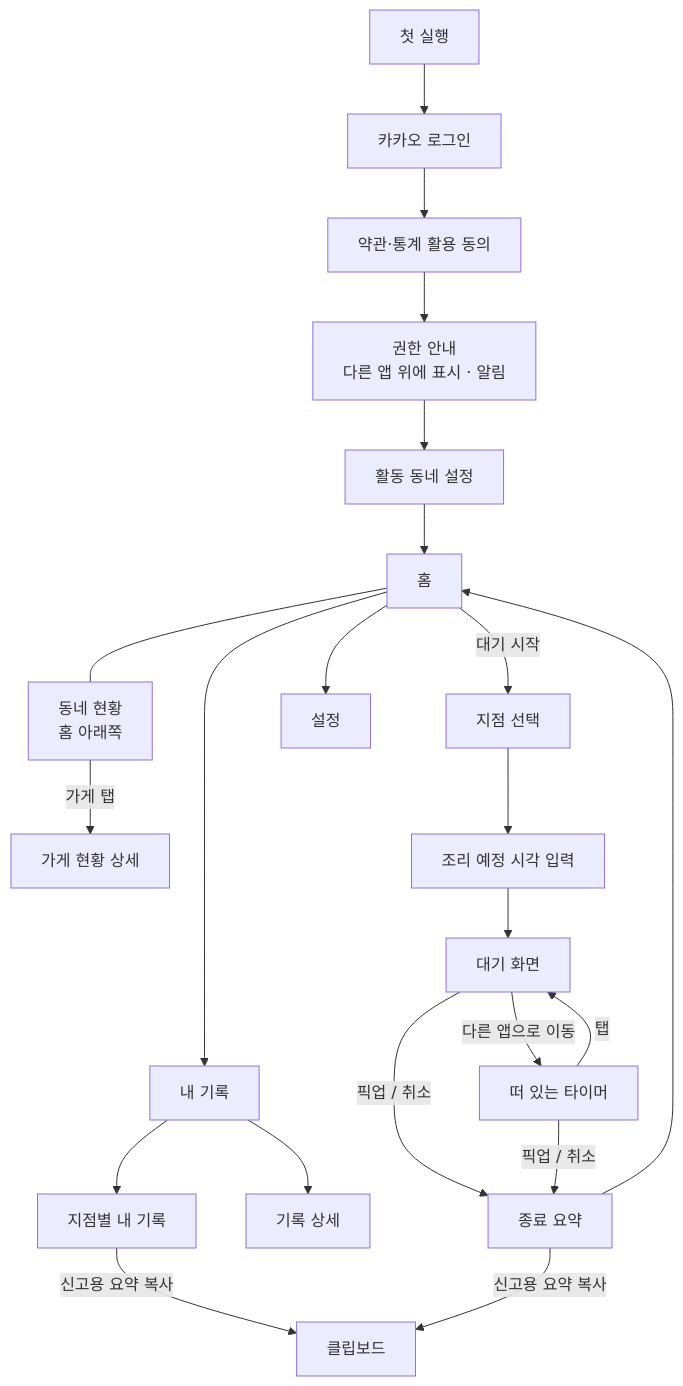
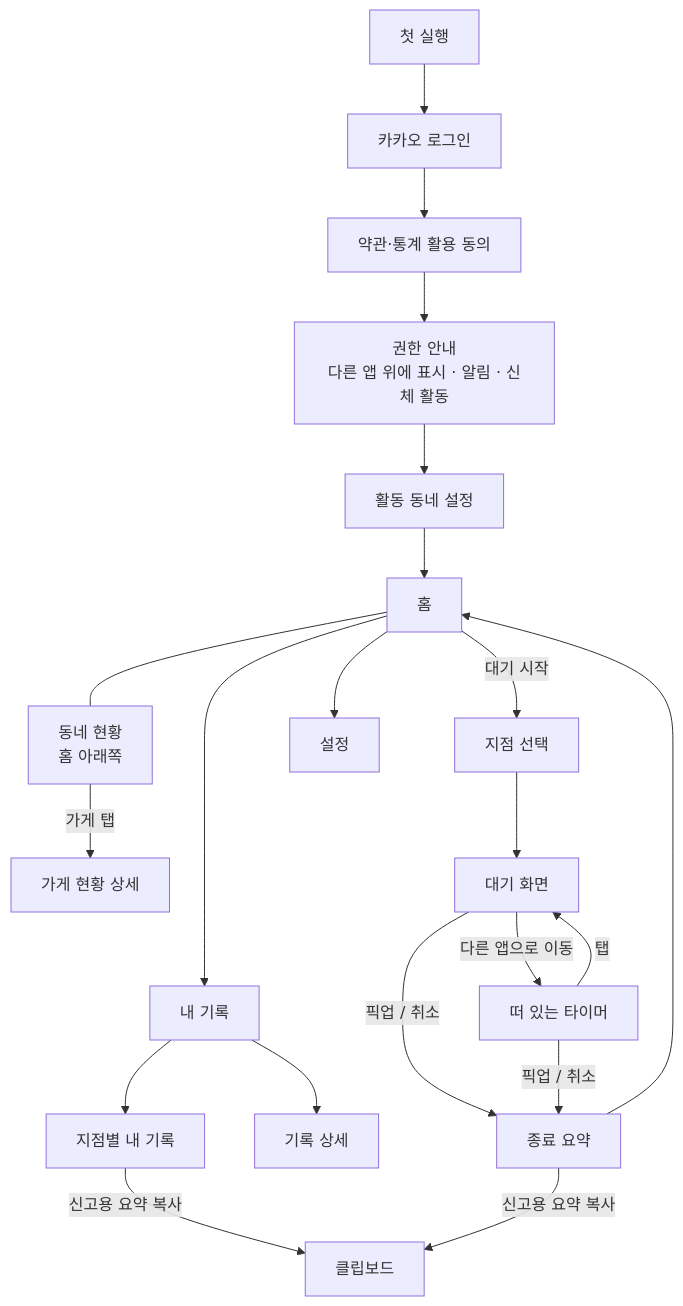
One commit to kery27/eomisae changed the diagram in docs/화면-흐름.md. Above: the diagram before and after it, drawn with Mermaid. The commit also changed other lines of this file, not shown here.

````diff
--- a/docs/화면-흐름.md
+++ b/docs/화면-흐름.md
@@ -23,27 +24,26 @@
 ```mermaid
 flowchart TD
     A[첫 실행] --> B[카카오 로그인]
     B --> C[약관·통계 활용 동의]
-    C --> D[권한 안내<br/>다른 앱 위에 표시 · 알림]
+    C --> D[권한 안내<br/>다른 앱 위에 표시 · 알림 · 신체 활동]
     D --> E[활동 동네 설정]
     E --> H[홈]
 
     H --- N[동네 현황<br/>홈 아래쪽]
     N -->|가게 탭| ND[가게 현황 상세]
     H -->|대기 시작| S1[지점 선택]
-    S1 --> S2[조리 예정 시각 입력]
-    S2 --> W[대기 화면]
+    S1 --> W[대기 화면]
     W -->|다른 앱으로 이동| F[떠 있는 타이머]
     F -->|탭| W
     W -->|픽업 / 취소| R[종료 요약]
     F -->|픽업 / 취소| R
     R --> H
 
     H --> L[내 기록]
     L --> LD[기록 상세]
     L --> P[지점별 내 기록]
     P -->|신고용 요약 복사| CP[클립보드]
     R -->|신고용 요약 복사| CP
 
     H --> ST[설정]
 ```
````
